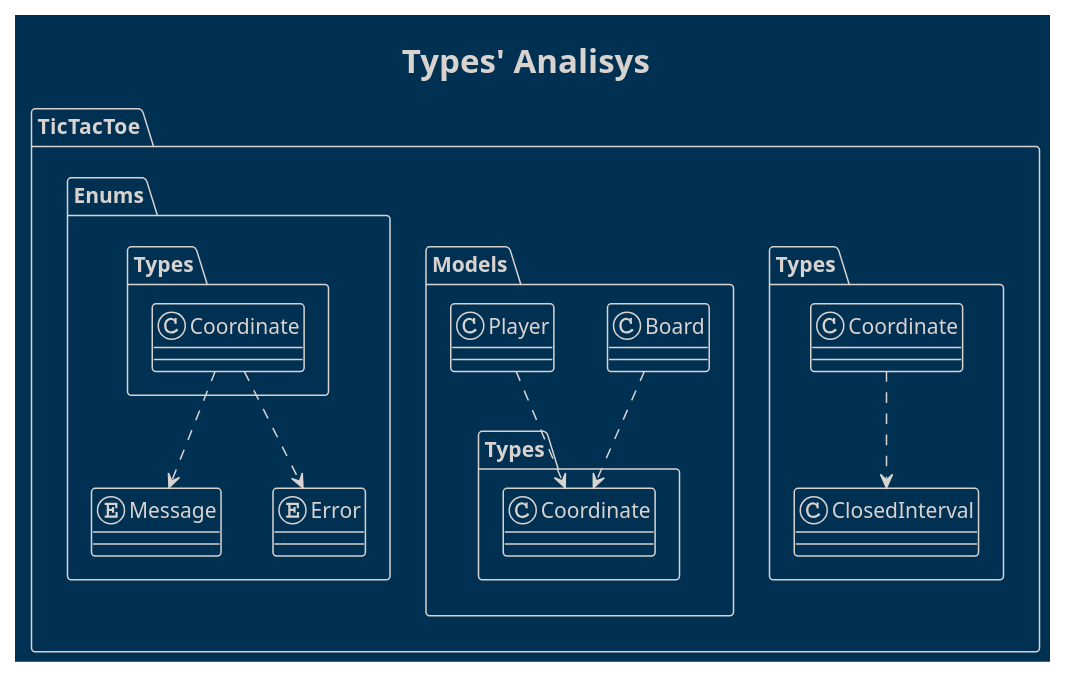
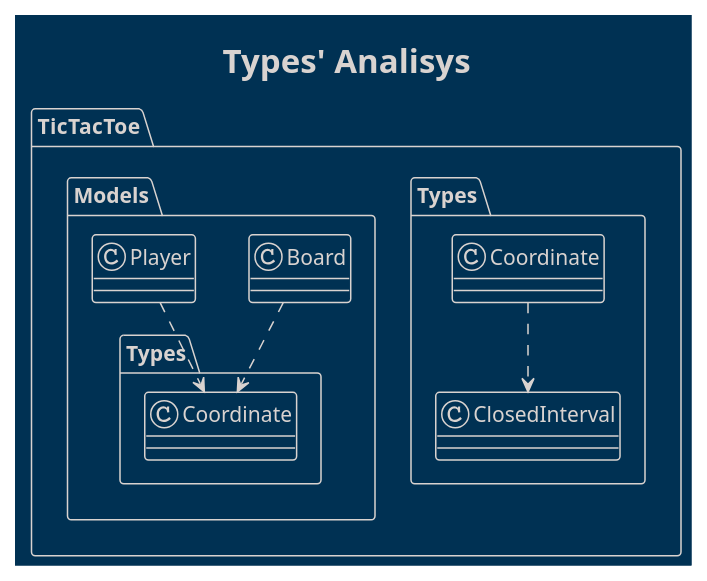
One commit to franpaulinoinfante/TicTacToe changed diagram 11 of 13 in src/DomainModel/WithMachine/Docs/Anlysis.plantuml. Above: the diagram before and after it, drawn with PlantUML. The commit also changed other lines of this file, not shown here.

```diff
--- a/src/DomainModel/WithMachine/Docs/Anlysis.plantuml
+++ b/src/DomainModel/WithMachine/Docs/Anlysis.plantuml
@@ -310,30 +306,20 @@
 @startuml Types Analysis
     !theme blueprint
     title Types' Analisys
     package TicTacToe{
         namespace Types{
             class Coordinate{
             }
             Coordinate ..> ClosedInterval
 
             class ClosedInterval{
             }
         }
 
         namespace Models{
             Board ..> Types.Coordinate
             Player ..> Types.Coordinate
         }
-
-        namespace Enums{
-            enum Message{
-            }
-            Message <.up. Types.Coordinate
-
-            enum Error{
-            }
-            Error <.up. Types.Coordinate
-        }
     }   
 
 @enduml
```
